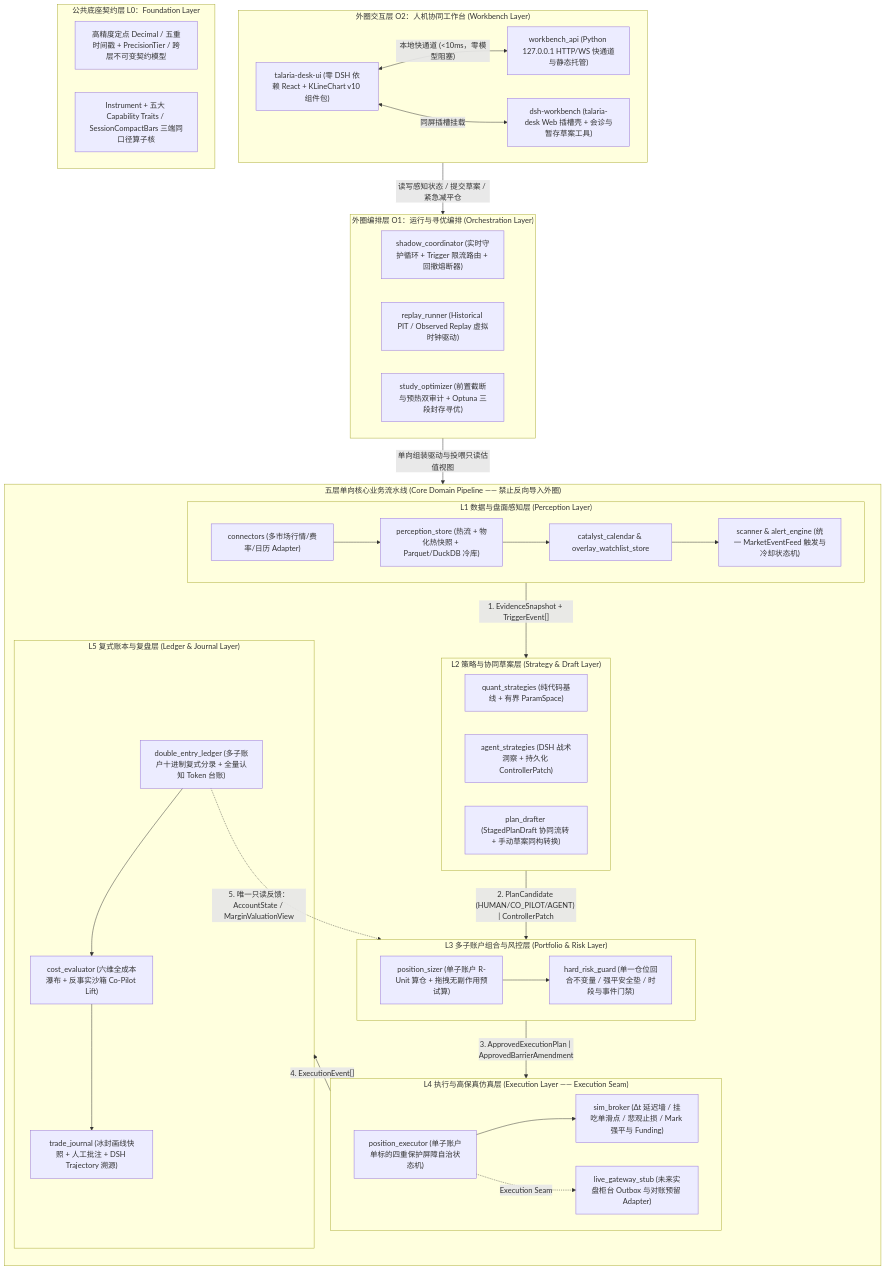
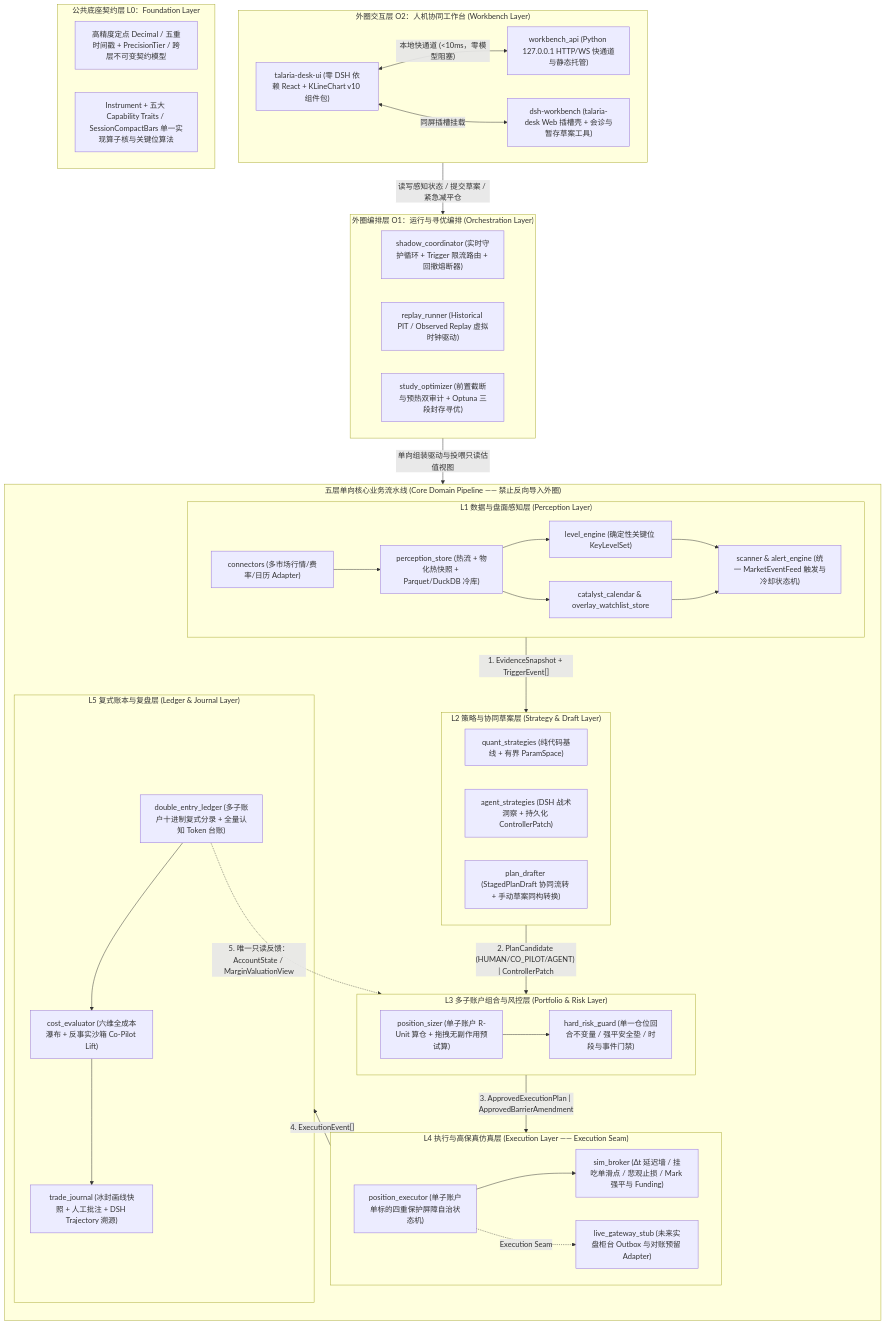
The first of 2 diagrams in docs/architecture.md (Dikui/Talaria), drawn with Mermaid before and after one commit. The commit also changed other lines of this file and 9 other files, not shown here.

````diff
--- a/docs/architecture.md
+++ b/docs/architecture.md
@@ -21,64 +23,66 @@
 ```mermaid
 flowchart TB
   subgraph O2["外圈交互层 O2：人机协同工作台 (Workbench Layer)"]
     direction LR
     W1["talaria-desk-ui (零 DSH 依赖 React + KLineChart v10 组件包)"]
     W2["workbench_api (Python 127.0.0.1 HTTP/WS 快通道与静态托管)"]
     W3["dsh-workbench (talaria-desk Web 插槽壳 + 会诊与暂存草案工具)"]
     W1 <-->|"本地快通道 (<10ms，零模型阻塞)"| W2
     W1 <-->|"同屏插槽挂载"| W3
   end
 
   subgraph O1["外圈编排层 O1：运行与寻优编排 (Orchestration Layer)"]
     direction LR
     R1["shadow_coordinator (实时守护循环 + Trigger 限流路由 + 回撤熔断器)"]
     R2["replay_runner (Historical PIT / Observed Replay 虚拟时钟驱动)"]
     R3["study_optimizer (前置截断与预热双审计 + Optuna 三段封存寻优)"]
   end
 
   subgraph Core["五层单向核心业务流水线 (Core Domain Pipeline —— 禁止反向导入外圈)"]
     direction TB
     subgraph L1["L1 数据与盘面感知层 (Perception Layer)"]
       P1["connectors (多市场行情/费率/日历 Adapter)"] --> P2["perception_store (热流 + 物化热快照 + Parquet/DuckDB 冷库)"]
       P2 --> P3["catalyst_calendar & overlay_watchlist_store"]
+      P2 --> P5["level_engine (确定性关键位 KeyLevelSet)"]
+      P5 --> P4
       P3 --> P4["scanner & alert_engine (统一 MarketEventFeed 触发与冷却状态机)"]
     end
 
     subgraph L2["L2 策略与协同草案层 (Strategy & Draft Layer)"]
       direction LR
       S1["quant_strategies (纯代码基线 + 有界 ParamSpace)"]
       S2["agent_strategies (DSH 战术洞察 + 持久化 ControllerPatch)"]
       S3["plan_drafter (StagedPlanDraft 协同流转 + 手动草案同构转换)"]
     end
 
     subgraph L3["L3 多子账户组合与风控层 (Portfolio & Risk Layer)"]
       K1["position_sizer (单子账户 R-Unit 算仓 + 拖拽无副作用预试算)"] --> K2["hard_risk_guard (单一仓位回合不变量 / 强平安全垫 / 时段与事件门禁)"]
     end
 
     subgraph L4["L4 执行与高保真仿真层 (Execution Layer —— Execution Seam)"]
       E1["position_executor (单子账户单标的四重保护屏障自治状态机)"]
       E2["sim_broker (Δt 延迟墙 / 挂吃单滑点 / 悲观止损 / Mark 强平与 Funding)"]
       E3["live_gateway_stub (未来实盘柜台 Outbox 与对账预留 Adapter)"]
       E1 --> E2
       E1 -. "Execution Seam" .-> E3
     end
 
     subgraph L5["L5 复式账本与复盘层 (Ledger & Journal Layer)"]
       J1["double_entry_ledger (多子账户十进制复式分录 + 全量认知 Token 台账)"] --> J2["cost_evaluator (六维全成本瀑布 + 反事实沙箱 Co-Pilot Lift)"] --> J3["trade_journal (冰封画线快照 + 人工批注 + DSH Trajectory 溯源)"]
     end
 
     L1 -- "1. EvidenceSnapshot + TriggerEvent[]" --> L2
     L2 -- "2. PlanCandidate (HUMAN/CO_PILOT/AGENT) | ControllerPatch" --> L3
     L3 -- "3. ApprovedExecutionPlan | ApprovedBarrierAmendment" --> L4
     L4 -- "4. ExecutionEvent[]" --> L5
     J1 -. "5. 唯一只读反馈：AccountState / MarginValuationView" .-> L3
   end
 
   subgraph L0["公共底座契约层 L0：Foundation Layer"]
     F1["高精度定点 Decimal / 五重时间戳 + PrecisionTier / 跨层不可变契约模型"]
-    F2["Instrument + 五大 Capability Traits / SessionCompactBars 三端同口径算子核"]
+    F2["Instrument + 五大 Capability Traits / SessionCompactBars 单一实现算子核与关键位算法"]
   end
 
   O2 -->|"读写感知状态 / 提交草案 / 紧急减平仓"| O1
   O1 -->|"单向组装驱动与投喂只读估值视图"| Core
 ```
````
